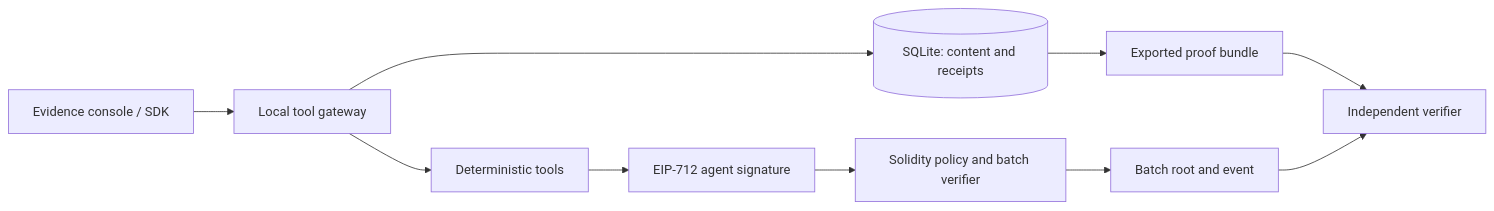
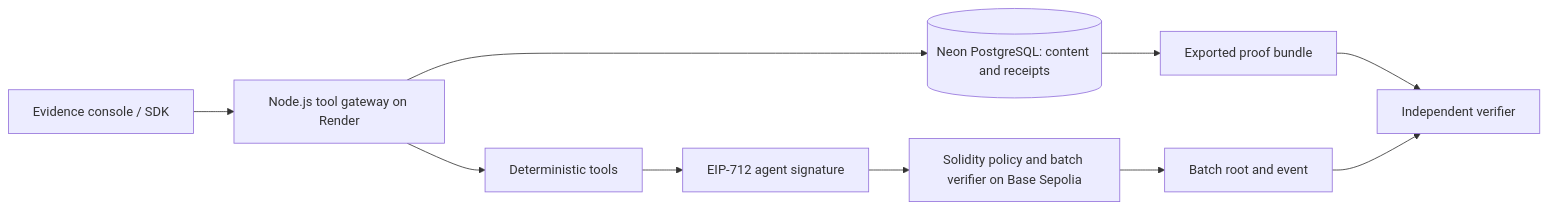
One commit to mitraboga/Prooflane changed the diagram in README.md. Above: the diagram before and after it, drawn with Mermaid. The commit also changed other lines of this file and 29 other files, not shown here.

Commit message:
feat: prepare Render Neon and Base Sepolia public hosting

````diff
--- a/README.md
+++ b/README.md
@@ -63,12 +65,12 @@
 ```mermaid
 flowchart LR
-  UI[Evidence console / SDK] --> API[Local tool gateway]
-  API --> DB[(SQLite: content and receipts)]
+  UI[Evidence console / SDK] --> API[Node.js tool gateway on Render]
+  API --> DB[(Neon PostgreSQL: content and receipts)]
   API --> T[Deterministic tools]
   T --> S[EIP-712 agent signature]
-  S --> C[Solidity policy and batch verifier]
+  S --> C[Solidity policy and batch verifier on Base Sepolia]
   C --> E[Batch root and event]
   DB --> B[Exported proof bundle]
   B --> V[Independent verifier]
   E --> V
 ```
````
